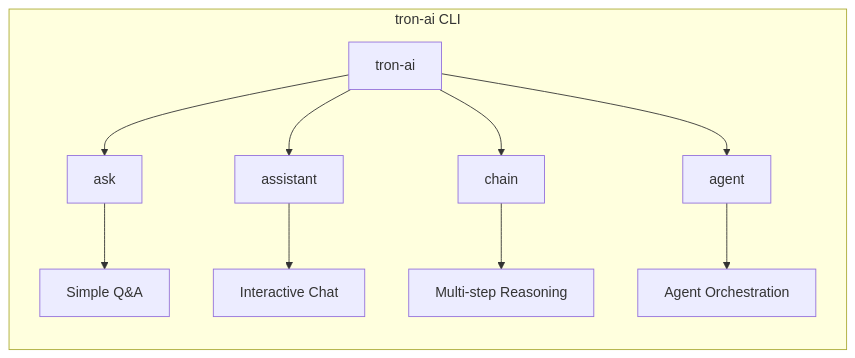
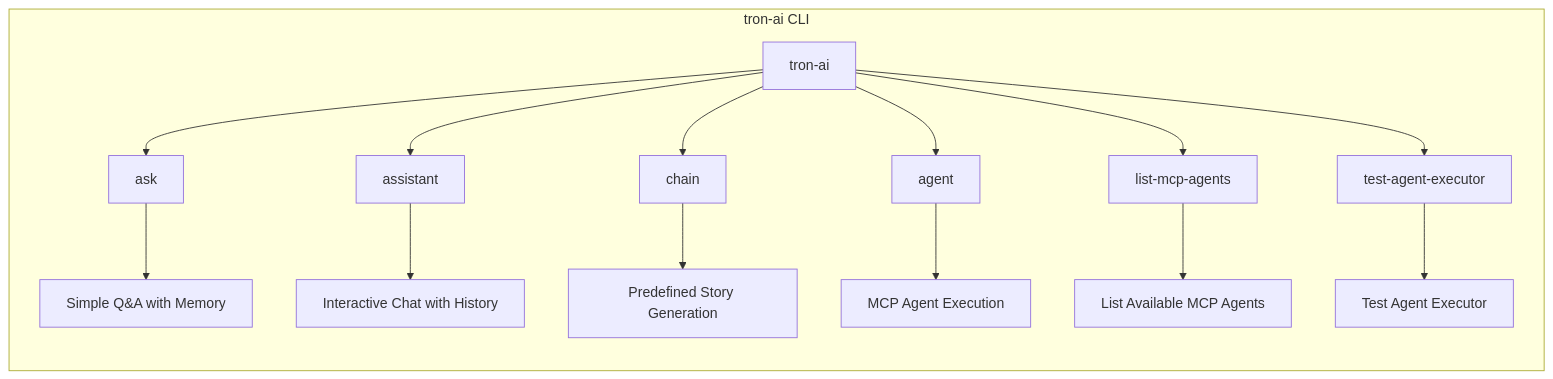
Before and after one commit to Bioto/tron-ai: the second of 8 diagrams in docs/cli-guide.md, drawn with Mermaid. The commit also changed other lines of this file and 5 other files, not shown here.

````diff
--- a/docs/cli-guide.md
+++ b/docs/cli-guide.md
@@ -85,15 +88,19 @@
 ```mermaid
 graph LR
     subgraph "tron-ai CLI"
         CLI[tron-ai]
         CLI --> ASK[ask]
         CLI --> ASST[assistant]
         CLI --> CHAIN[chain]
         CLI --> AGENT[agent]
+        CLI --> LIST[list-mcp-agents]
+        CLI --> TEST[test-agent-executor]
         
-        ASK --> ASKDESC[Simple Q&A]
-        ASST --> ASSTDESC[Interactive Chat]
-        CHAIN --> CHAINDESC[Multi-step Reasoning]
-        AGENT --> AGENTDESC[Agent Orchestration]
+        ASK --> ASKDESC[Simple Q&A with Memory]
+        ASST --> ASSTDESC[Interactive Chat with History]
+        CHAIN --> CHAINDESC[Predefined Story Generation]
+        AGENT --> AGENTDESC[MCP Agent Execution]
+        LIST --> LISTDESC[List Available MCP Agents]
+        TEST --> TESTDESC[Test Agent Executor]
     end
 ```
````
